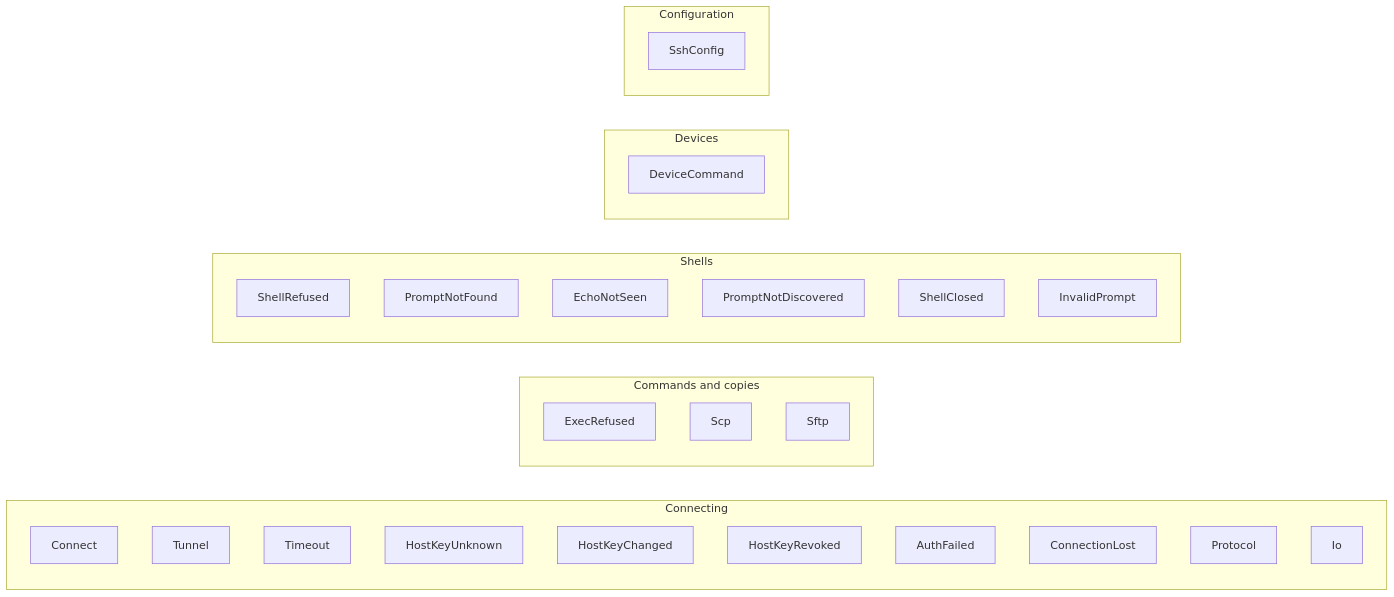
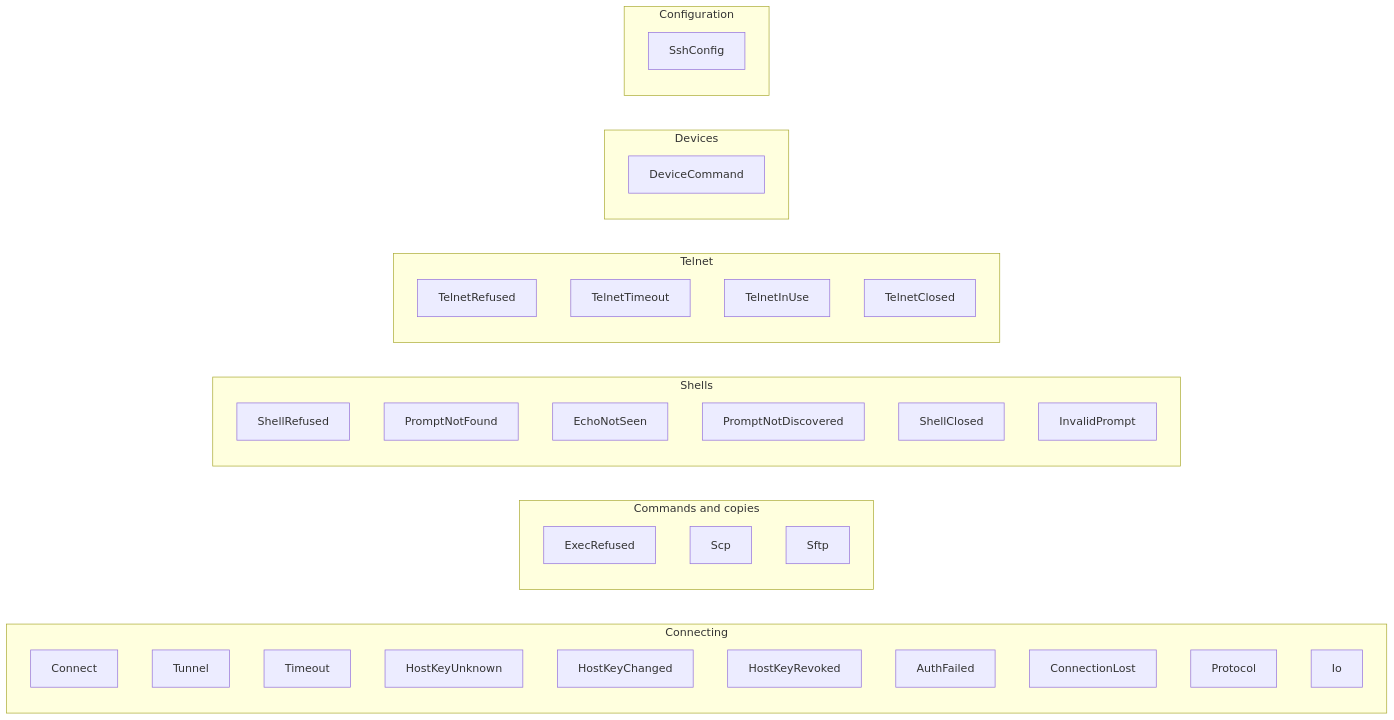
Before and after one commit to bwks/jato-lib: the diagram in docs/architecture/errors.md, drawn with Mermaid. The commit also changed other lines of this file and 22 other files, not shown here.

````diff
--- a/docs/architecture/errors.md
+++ b/docs/architecture/errors.md
@@ -27,34 +27,40 @@
 ```mermaid
 graph LR
     subgraph Connecting
         Connect
         Tunnel
         Timeout
         HostKeyUnknown
         HostKeyChanged
         HostKeyRevoked
         AuthFailed
         ConnectionLost
         Protocol
         Io
     end
     subgraph Commands and copies
         ExecRefused
         Scp
         Sftp
     end
     subgraph Shells
         ShellRefused
         PromptNotFound
         EchoNotSeen
         PromptNotDiscovered
         ShellClosed
         InvalidPrompt
     end
+    subgraph Telnet
+        TelnetRefused
+        TelnetTimeout
+        TelnetInUse
+        TelnetClosed
+    end
     subgraph Devices
         DeviceCommand
     end
     subgraph Configuration
         SshConfig
     end
 ```
````
